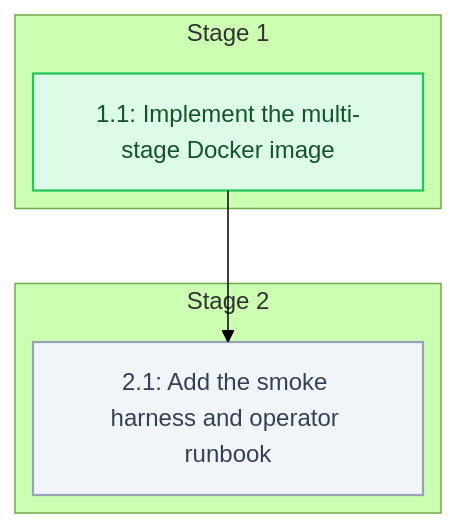
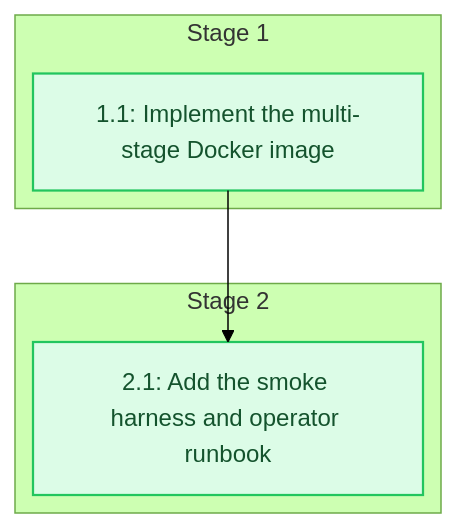
One commit to sohampatwardhan/Amtrak-GTFS-RT changed the diagram in .specs/containerized-service/04_tasks.md. Above: the diagram before and after it, drawn with Mermaid (forest theme). The commit also changed other lines of this file and 9 other files, not shown here.

````diff
--- a/.specs/containerized-service/04_tasks.md
+++ b/.specs/containerized-service/04_tasks.md
@@ -9,15 +9,14 @@
 ```mermaid
 %%{init: {'flowchart': {'defaultRenderer': 'elk'}}}%%
 flowchart TD
   classDef done fill:#dcfce7,stroke:#22c55e,stroke-width:1.5px,color:#14532d
-  classDef pending fill:#f1f5f9,stroke:#94a3b8,stroke-width:1.5px,color:#334155
   subgraph n_stage_1["Stage 1"]
     n_1_1@{ shape: rect, label: "1.1: Implement the multi-stage Docker image" }
   end
   subgraph n_stage_2["Stage 2"]
     n_2_1@{ shape: rect, label: "2.1: Add the smoke harness and operator runbook" }
   end
   n_1_1 --> n_2_1
   class n_1_1 done
-  class n_2_1 pending
+  class n_2_1 done
 ```
````
